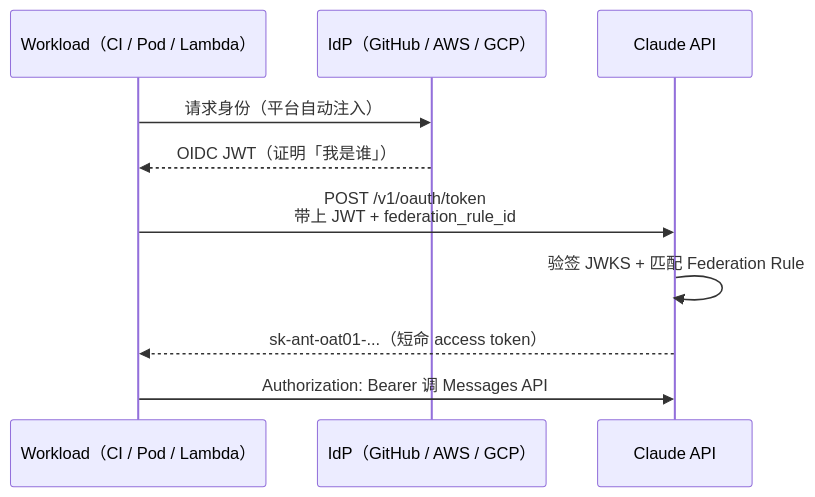
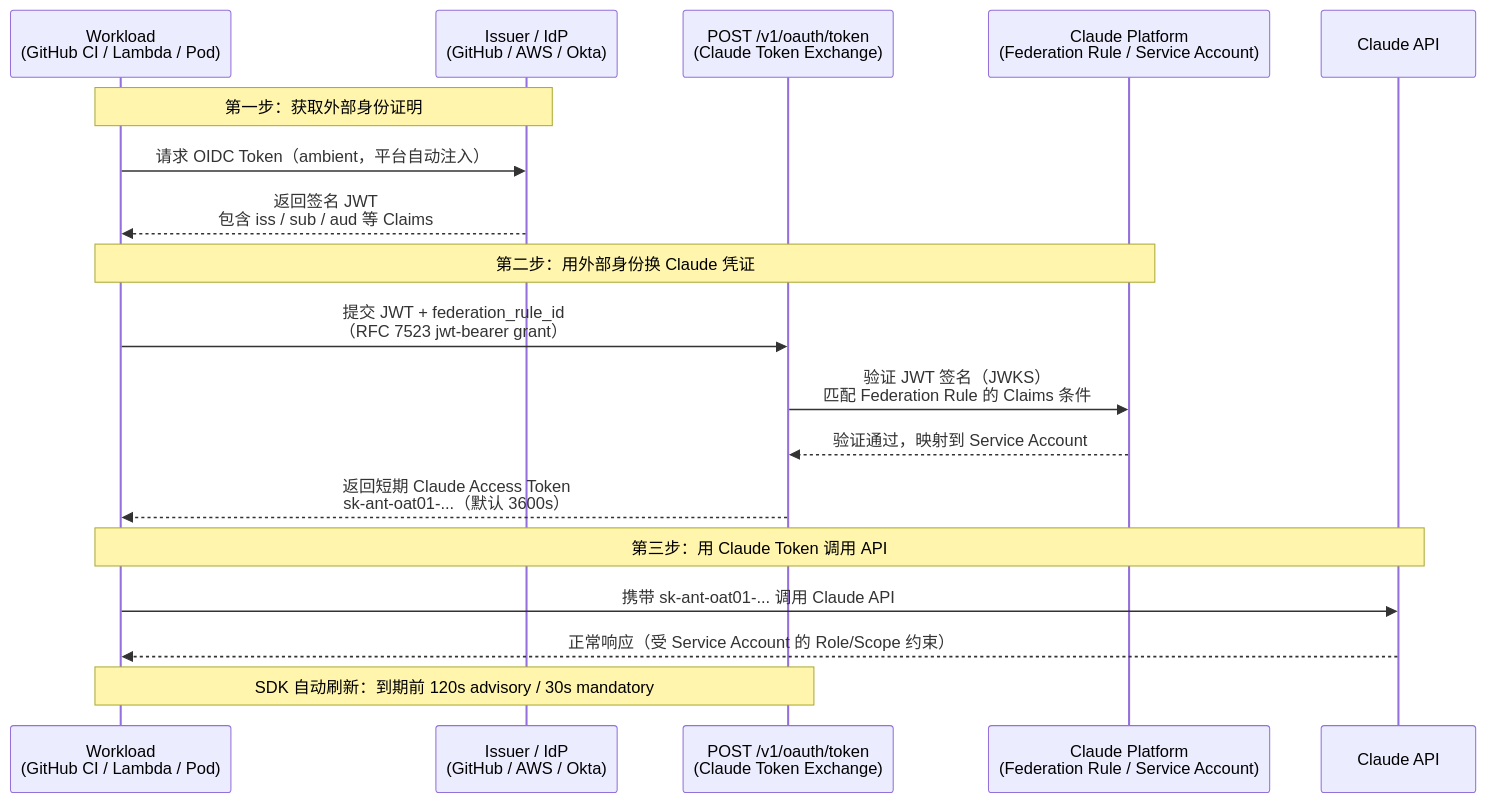
Before and after one commit to Haoping-Xiao/haoping-xiao.github.io: the diagram in src/content/blog/claude-wif-concept-correction.mdx, drawn with Mermaid. The commit also changed other lines of this file, not shown here.

Commit message:
Replace WIF sequence diagram with detailed three-step flow
Split Token Exchange and Claude API into separate participants, add
JWKS/Rule validation, SDK refresh timing, and align numbered list.

````diff
--- a/src/content/blog/claude-wif-concept-correction.mdx
+++ b/src/content/blog/claude-wif-concept-correction.mdx
@@ -71,13 +71,24 @@
 ```mermaid
 sequenceDiagram
-    participant W as Workload（CI / Pod / Lambda）
-    participant IdP as IdP（GitHub / AWS / GCP）
-    participant C as Claude API
+    participant WL as Workload<br/>(GitHub CI / Lambda / Pod)
+    participant IDP as Issuer / IdP<br/>(GitHub / AWS / Okta)
+    participant TOKEN as POST /v1/oauth/token<br/>(Claude Token Exchange)
+    participant CP as Claude Platform<br/>(Federation Rule / Service Account)
+    participant API as Claude API
 
-    W->>IdP: 请求身份（平台自动注入）
-    IdP-->>W: OIDC JWT（证明「我是谁」）
-    W->>C: POST /v1/oauth/token<br/>带上 JWT + federation_rule_id
-    C->>C: 验签 JWKS + 匹配 Federation Rule
-    C-->>W: sk-ant-oat01-...（短命 access token）
-    W->>C: Authorization: Bearer 调 Messages API
+    Note over WL,IDP: 第一步：获取外部身份证明
+    WL->>IDP: 请求 OIDC Token（ambient，平台自动注入）
+    IDP-->>WL: 返回签名 JWT<br/>包含 iss / sub / aud 等 Claims
+
+    Note over WL,CP: 第二步：用外部身份换 Claude 凭证
+    WL->>TOKEN: 提交 JWT + federation_rule_id<br/>（RFC 7523 jwt-bearer grant）
+    TOKEN->>CP: 验证 JWT 签名（JWKS）<br/>匹配 Federation Rule 的 Claims 条件
+    CP-->>TOKEN: 验证通过，映射到 Service Account
+    TOKEN-->>WL: 返回短期 Claude Access Token<br/>sk-ant-oat01-...（默认 3600s）
+
+    Note over WL,API: 第三步：用 Claude Token 调用 API
+    WL->>API: 携带 sk-ant-oat01-... 调用 Claude API
+    API-->>WL: 正常响应（受 Service Account 的 Role/Scope 约束）
+
+    Note over WL,TOKEN: SDK 自动刷新：到期前 120s advisory / 30s mandatory
 ```
````
